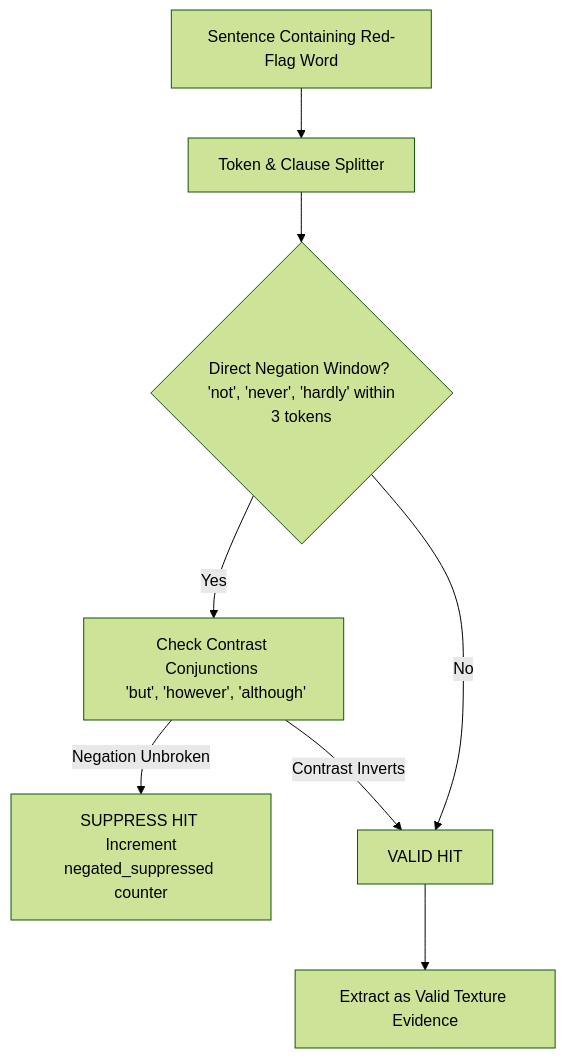
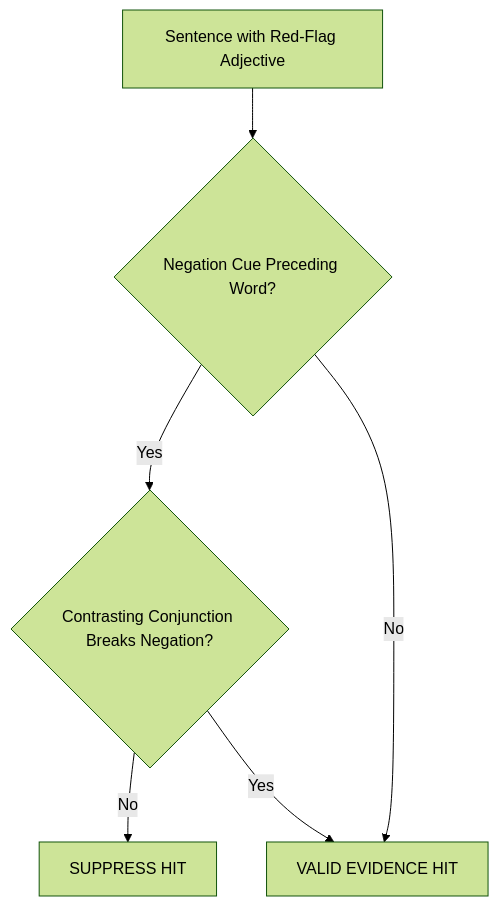
One commit to addy9051/True-texture-detector-AI-system changed the second of 3 diagrams in docs/02_data_pipeline_nlp.md. Above: the diagram before and after it, drawn with Mermaid (forest theme). The commit also changed other lines of this file and 7 other files, not shown here.

Commit message:
docs: add comprehensive system documentation for architecture, LLMOps, pipeline operations, and developer guides.

````diff
--- a/docs/02_data_pipeline_nlp.md
+++ b/docs/02_data_pipeline_nlp.md
@@ -67,10 +61,8 @@
 ```mermaid
 flowchart TD
-    A[Sentence Containing Red-Flag Word] --> B[Token & Clause Splitter]
-    B --> C{Direct Negation Window? <br/> 'not', 'never', 'hardly' within 3 tokens}
-    C -- Yes --> D[Check Contrast Conjunctions <br/> 'but', 'however', 'although']
-    D -- Negation Unbroken --> E[SUPPRESS HIT <br/> Increment negated_suppressed counter]
-    D -- Contrast Inverts --> F[VALID HIT]
-    C -- No --> F
-    F --> G[Extract as Valid Texture Evidence]
+    A[Sentence with Red-Flag Adjective] --> B{Negation Cue Preceding Word?}
+    B -- Yes --> C{Contrasting Conjunction Breaks Negation?}
+    C -- No --> D[SUPPRESS HIT]
+    C -- Yes --> E[VALID EVIDENCE HIT]
+    B -- No --> E
 ```
````
